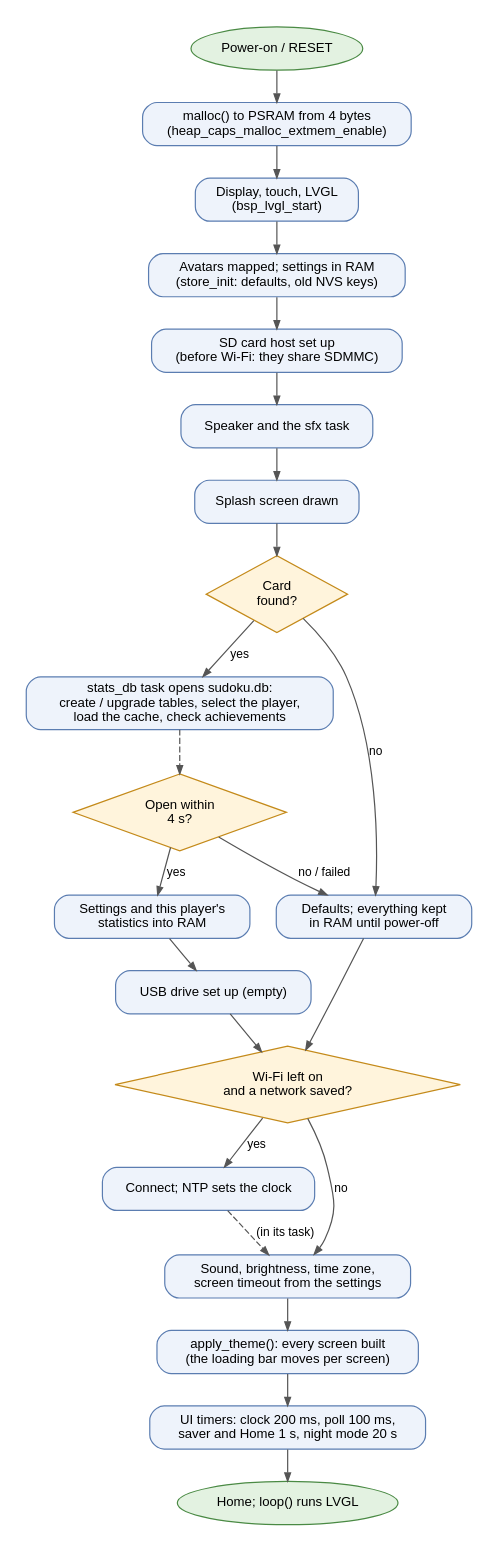
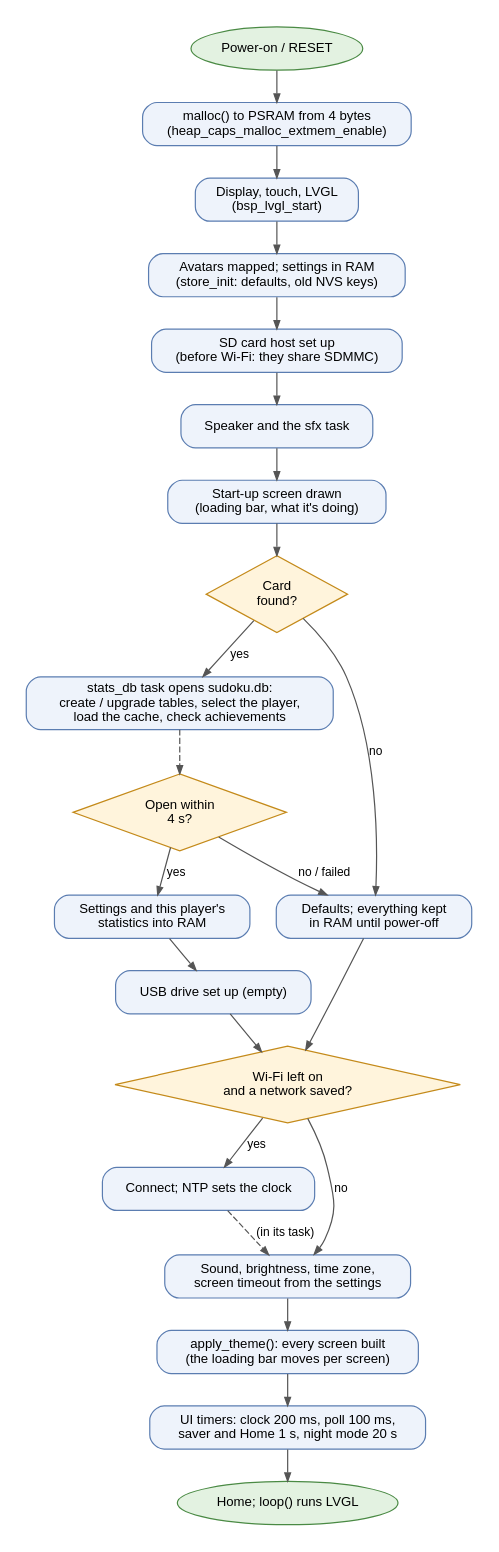
One commit to edipermadi/esp32p4_sudoku changed the diagram in docs/diagrams/startup.dot. Above: the diagram before and after it, drawn with Graphviz. The commit also changed 14 other files, not shown here.

Commit message:
update splash screen

```diff
--- a/docs/diagrams/startup.dot
+++ b/docs/diagrams/startup.dot
@@ -1,39 +1,39 @@
 // Power-on to the Home screen: setup() and sudoku_ui_start()
 digraph startup {
     graph [bgcolor="white", fontname="Helvetica", fontsize=11, nodesep=0.3, ranksep=0.35, pad=0.2];
     node  [fontname="Helvetica", fontsize=11, shape=box, style="rounded,filled", fillcolor="#EEF3FB", color="#5B7DB1", margin="0.15,0.05"];
     edge  [fontname="Helvetica", fontsize=10, color="#555555", arrowsize=0.7];
     start [shape=oval, label="Power-on / RESET", fillcolor="#E3F2E1", color="#4A8A44"];
     ext   [label="malloc() to PSRAM from 4 bytes\n(heap_caps_malloc_extmem_enable)"];
     disp  [label="Display, touch, LVGL\n(bsp_lvgl_start)"];
     store [label="Avatars mapped; settings in RAM\n(store_init: defaults, old NVS keys)"];
     host  [label="SD card host set up\n(before Wi-Fi: they share SDMMC)"];
     sfx   [label="Speaker and the sfx task"];
-    splash[label="Splash screen drawn"];
+    splash[label="Start-up screen drawn\n(loading bar, what it's doing)"];
     card  [shape=diamond, style=filled, fillcolor="#FFF4DC", color="#C48A1A", label="Card\nfound?"];
     open  [label="stats_db task opens sudoku.db:\ncreate / upgrade tables, select the player,\nload the cache, check achievements"];
     wait  [shape=diamond, style=filled, fillcolor="#FFF4DC", color="#C48A1A", label="Open within\n4 s?"];
     take  [label="Settings and this player's\nstatistics into RAM"];
     ram   [label="Defaults; everything kept\nin RAM until power-off"];
     usb   [label="USB drive set up (empty)"];
     wifi  [shape=diamond, style=filled, fillcolor="#FFF4DC", color="#C48A1A", label="Wi-Fi left on\nand a network saved?"];
     conn  [label="Connect; NTP sets the clock"];
     apply [label="Sound, brightness, time zone,\nscreen timeout from the settings"];
     build [label="apply_theme(): every screen built\n(the loading bar moves per screen)"];
     timers[label="UI timers: clock 200 ms, poll 100 ms,\nsaver and Home 1 s, night mode 20 s"];
     home  [shape=oval, label="Home; loop() runs LVGL", fillcolor="#E3F2E1", color="#4A8A44"];
 
     start -> ext -> disp -> store -> host -> sfx -> splash -> card;
     card -> open [label="yes"];
     card -> ram  [label="no"];
     open -> wait [style=dashed];
     wait -> take [label="yes"];
     wait -> ram  [label="no / failed"];
     take -> usb;
     ram -> wifi;
     usb -> wifi;
     wifi -> conn [label="yes"];
     wifi -> apply [label="no"];
     conn -> apply [style=dashed, label="(in its task)"];
     apply -> build -> timers -> home;
 }
```
